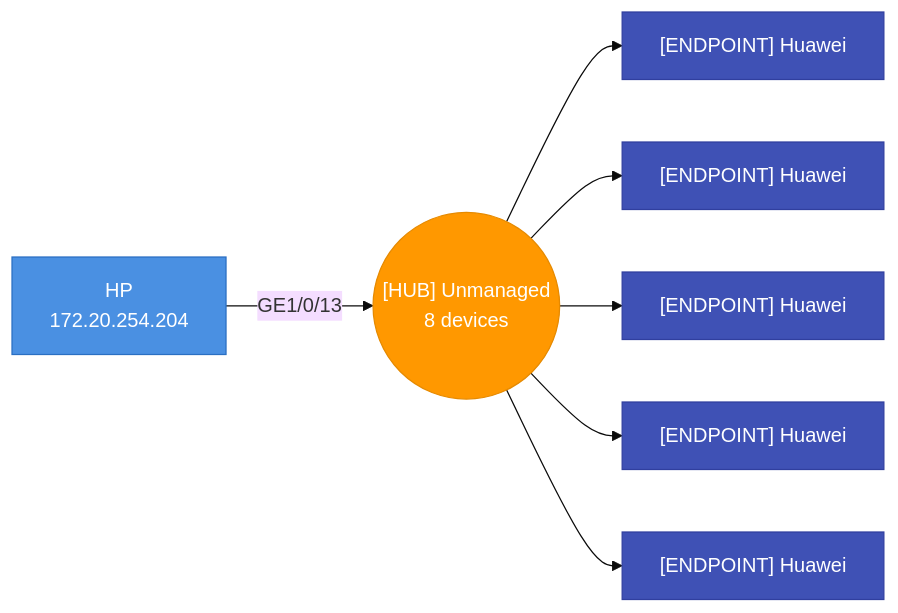
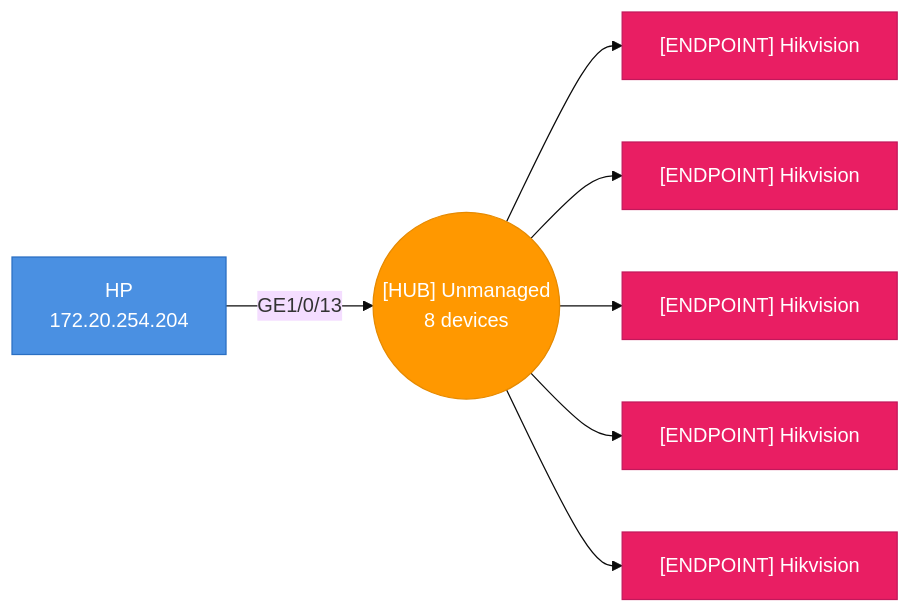
Diagram 19 of 38 in testdata/golden/audit_default.md (djamic/LLDP-Skanner-Go), drawn with Mermaid (base theme) before and after one commit. The commit also changed other lines of this file and 11 other files, not shown here.

````diff
--- a/testdata/golden/audit_default.md
+++ b/testdata/golden/audit_default.md
@@ -1759,23 +1699,23 @@
 ```mermaid
 graph LR
   hub_78485972ecee_p13(("[HUB] Unmanaged<br>8 devices"))
   78485972ecee["HP<br>172.20.254.204"]
   78485972ecee-- "GE1/0/13" -->hub_78485972ecee_p13
   style 78485972ecee fill:#4A90E2,stroke:#2A6FC2,color:#fff
-  bc9b5e37bf26["[ENDPOINT] Huawei"]
+  bc9b5e37bf26["[ENDPOINT] Hikvision"]
   hub_78485972ecee_p13-->bc9b5e37bf26
-  style bc9b5e37bf26 fill:#3F51B5,stroke:#303F9F,color:#fff
-  bc9b5e37bf2b["[ENDPOINT] Huawei"]
+  style bc9b5e37bf26 fill:#E91E63,stroke:#C2185B,color:#fff
+  bc9b5e37bf2b["[ENDPOINT] Hikvision"]
   hub_78485972ecee_p13-->bc9b5e37bf2b
-  style bc9b5e37bf2b fill:#3F51B5,stroke:#303F9F,color:#fff
-  bc9b5e37bf2f["[ENDPOINT] Huawei"]
+  style bc9b5e37bf2b fill:#E91E63,stroke:#C2185B,color:#fff
+  bc9b5e37bf2f["[ENDPOINT] Hikvision"]
   hub_78485972ecee_p13-->bc9b5e37bf2f
-  style bc9b5e37bf2f fill:#3F51B5,stroke:#303F9F,color:#fff
-  bc9b5e37bf30["[ENDPOINT] Huawei"]
+  style bc9b5e37bf2f fill:#E91E63,stroke:#C2185B,color:#fff
+  bc9b5e37bf30["[ENDPOINT] Hikvision"]
   hub_78485972ecee_p13-->bc9b5e37bf30
-  style bc9b5e37bf30 fill:#3F51B5,stroke:#303F9F,color:#fff
-  bc9b5e37bf43["[ENDPOINT] Huawei"]
+  style bc9b5e37bf30 fill:#E91E63,stroke:#C2185B,color:#fff
+  bc9b5e37bf43["[ENDPOINT] Hikvision"]
   hub_78485972ecee_p13-->bc9b5e37bf43
-  style bc9b5e37bf43 fill:#3F51B5,stroke:#303F9F,color:#fff
+  style bc9b5e37bf43 fill:#E91E63,stroke:#C2185B,color:#fff
   style hub_78485972ecee_p13 fill:#FF9800,stroke:#E68A00,color:#fff
 ```
````
